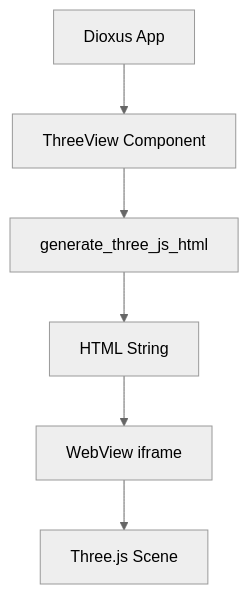
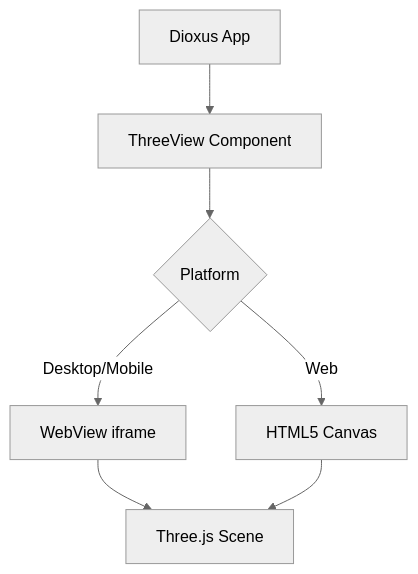
Before and after one commit to eftech93/dioxus-three: the first of 5 diagrams in docs/guides/architecture.md, drawn with Mermaid (neutral theme). The commit also changed other lines of this file and 23 other files, not shown here.

````diff
--- a/docs/guides/architecture.md
+++ b/docs/guides/architecture.md
@@ -7,8 +7,9 @@
 ```mermaid
 graph TB
     A[Dioxus App] --> B[ThreeView Component]
-    B --> C[generate_three_js_html]
-    C --> D[HTML String]
-    D --> E[WebView iframe]
-    E --> F[Three.js Scene]
+    B --> C{Platform}
+    C -->|Desktop/Mobile| D[WebView iframe]
+    C -->|Web| E[HTML5 Canvas]
+    D --> F[Three.js Scene]
+    E --> F
 ```
````
